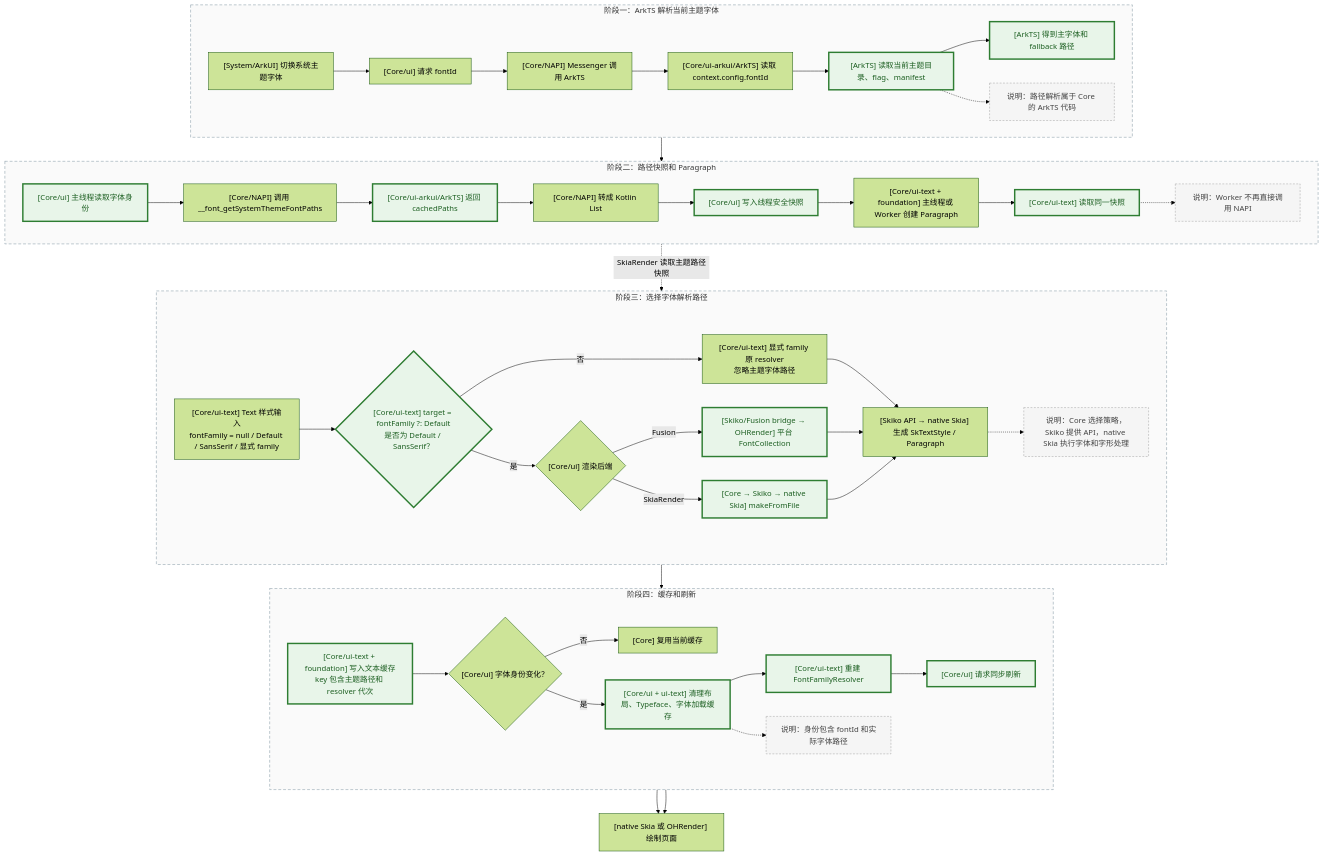
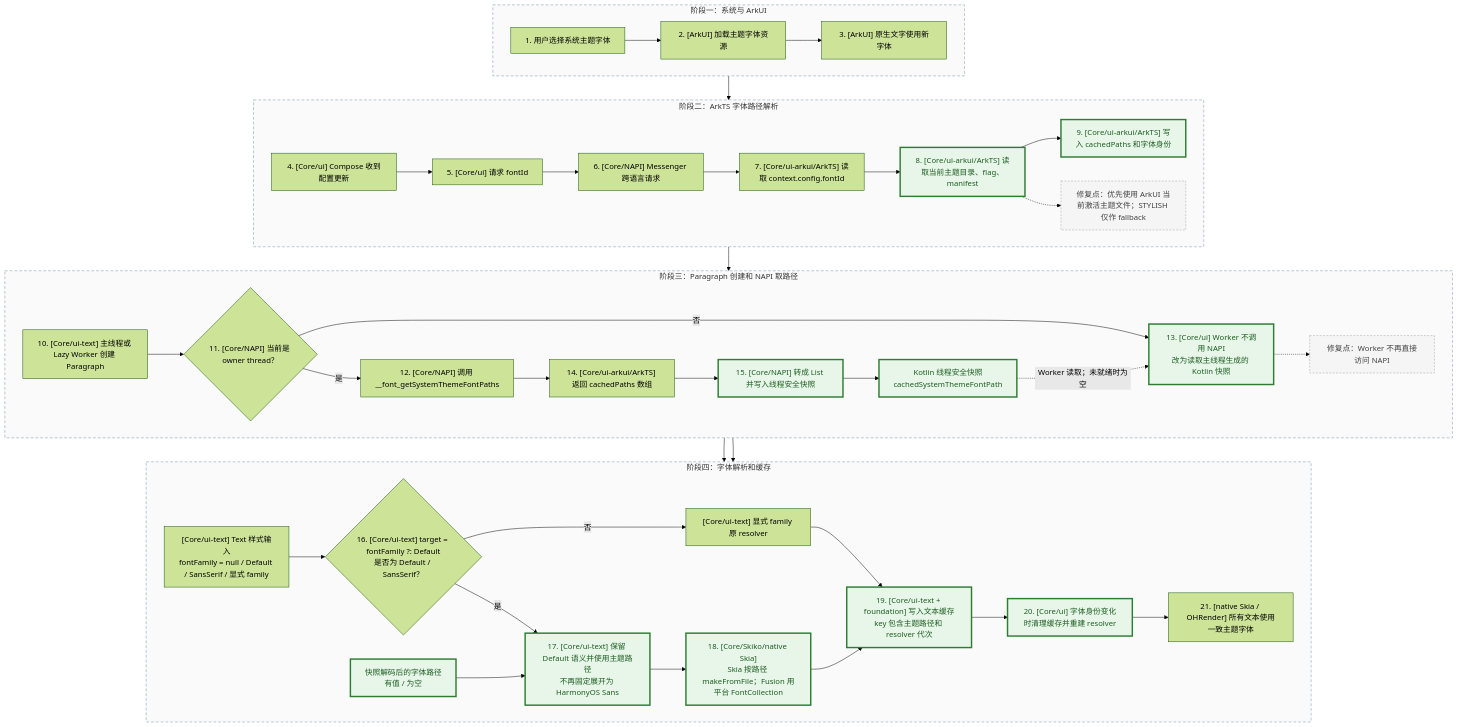
Before and after one commit to jsdegithub/CMP-DOCS: the second of 2 diagrams in CMP不跟随系统字体问题-根因与修复思路.md, drawn with Mermaid (forest theme). The commit also changed other lines of this file, not shown here.

Commit message:
更新文档，修正字体处理链路的流程图，明确各阶段职责和数据流

````diff
--- a/CMP不跟随系统字体问题-根因与修复思路.md
+++ b/CMP不跟随系统字体问题-根因与修复思路.md
@@ -117,60 +117,58 @@
 ```mermaid
 flowchart TD
-    subgraph FIX1["阶段一：ArkTS 解析当前主题字体"]
+    subgraph FIX1["阶段一：系统与 ArkUI"]
         direction LR
-        A["[System/ArkUI] 切换系统主题字体"] --> B["[Core/ui] 请求 fontId"]
-        B --> C["[Core/NAPI] Messenger 调用 ArkTS"]
-        C --> D["[Core/ui-arkui/ArkTS] 读取 context.config.fontId"]
-        D --> E["[ArkTS] 读取当前主题目录、flag、manifest"]:::fixed
-        E --> F["[ArkTS] 得到主字体和 fallback 路径"]:::fixed
-        E -.-> FNOTE["说明：路径解析属于 Core 的 ArkTS 代码"]
+        A1["1. 用户选择系统主题字体"] --> A2["2. [ArkUI] 加载主题字体资源"]
+        A2 --> A3["3. [ArkUI] 原生文字使用新字体"]
     end
 
-    subgraph FIX2["阶段二：路径快照和 Paragraph"]
+    subgraph FIX2["阶段二：ArkTS 字体路径解析"]
         direction LR
-        G["[Core/ui] 主线程读取字体身份"]:::fixed --> H["[Core/NAPI] 调用 __font_getSystemThemeFontPaths"]
-        H --> I["[Core/ui-arkui/ArkTS] 返回 cachedPaths"]:::fixed
-        I --> J["[Core/NAPI] 转成 Kotlin List<String>"]
-        J --> K["[Core/ui] 写入线程安全快照"]:::fixed
-        L["[Core/ui-text + foundation] 主线程或 Worker 创建 Paragraph"] --> M["[Core/ui-text] 读取同一快照"]:::fixed
-        K --> L
-        M -.-> MNOTE["说明：Worker 不再直接调用 NAPI"]
+        B0["4. [Core/ui] Compose 收到配置更新"] --> B1["5. [Core/ui] 请求 fontId"]
+        B1 --> B2["6. [Core/NAPI] Messenger 跨语言请求"]
+        B2 --> B3["7. [Core/ui-arkui/ArkTS] 读取 context.config.fontId"]
+        B3 --> B4["8. [Core/ui-arkui/ArkTS] 读取当前主题目录、flag、manifest"]:::fixed
+        B4 --> B5["9. [Core/ui-arkui/ArkTS] 写入 cachedPaths 和字体身份"]:::fixed
+        B4 -.-> BNOTE["修复点：优先使用 ArkUI 当前激活主题文件；STYLISH 仅作 fallback"]
     end
 
-    subgraph FIX3["阶段三：选择字体解析路径"]
+    subgraph FIX3["阶段三：Paragraph 创建和 NAPI 取路径"]
         direction LR
-        TEXTSTYLE["[Core/ui-text] Text 样式输入<br/>fontFamily = null / Default / SansSerif / 显式 family"] --> N{"[Core/ui-text] target = fontFamily ?: Default<br/>是否为 Default / SansSerif？"}:::fixed
-        N -->|"否"| O["[Core/ui-text] 显式 family 原 resolver<br/>忽略主题字体路径"]
-        N -->|"是"| P{"[Core/ui] 渲染后端"}
-        P -->|"Fusion"| Q["[Skiko/Fusion bridge → OHRender] 平台 FontCollection"]:::fixed
-        P -->|"SkiaRender"| R["[Core → Skiko → native Skia] makeFromFile"]:::fixed
-        O --> S["[Skiko API → native Skia] 生成 SkTextStyle / Paragraph"]
-        Q --> S
-        R --> S
-        S -.-> SNOTE["说明：Core 选择策略，Skiko 提供 API，native Skia 执行字体和字形处理"]
+        C1["10. [Core/ui-text] 主线程或 Lazy Worker 创建 Paragraph"] --> C2{"11. [Core/NAPI] 当前是 owner thread？"}
+        C2 -->|"是"| C3["12. [Core/NAPI] 调用 __font_getSystemThemeFontPaths"]
+        C2 -->|"否"| C4["13. [Core/ui] Worker 不调用 NAPI<br/>改为读取主线程生成的 Kotlin 快照"]:::fixed
+        C3 --> C5["14. [Core/ui-arkui/ArkTS] 返回 cachedPaths 数组"]
+        C5 --> C6["15. [Core/NAPI] 转成 List 并写入线程安全快照"]:::fixed
+        SNAPSHOT["Kotlin 线程安全快照<br/>cachedSystemThemeFontPath"]:::fixed
+        C6 --> SNAPSHOT
+        SNAPSHOT -.->|"Worker 读取；未就绪时为空"| C4
+        C4 -.-> CNOTE["修复点：Worker 不再直接访问 NAPI"]
     end
 
-    subgraph FIX4["阶段四：缓存和刷新"]
+    subgraph FIX4["阶段四：字体解析和缓存"]
         direction LR
-        T["[Core/ui-text + foundation] 写入文本缓存<br/>key 包含主题路径和 resolver 代次"]:::fixed --> U{"[Core/ui] 字体身份变化？"}
-        U -->|"否"| V["[Core] 复用当前缓存"]
-        U -->|"是"| W["[Core/ui + ui-text] 清理布局、Typeface、字体加载缓存"]:::fixed
-        W --> X["[Core/ui-text] 重建 FontFamilyResolver"]:::fixed
-        X --> Y["[Core/ui] 请求同步刷新"]:::fixed
-        W -.-> WNOTE["说明：身份包含 fontId 和实际字体路径"]
+        TEXTSTYLE["[Core/ui-text] Text 样式输入<br/>fontFamily = null / Default / SansSerif / 显式 family"] --> D16{"16. [Core/ui-text] target = fontFamily ?: Default<br/>是否为 Default / SansSerif？"}
+        D16 -->|"否"| EXPLICIT["[Core/ui-text] 显式 family 原 resolver"]
+        EXPLICIT --> D19
+        D16 -->|"是"| D17["17. [Core/ui-text] 保留 Default 语义并使用主题路径<br/>不再固定展开为 HarmonyOS Sans"]:::fixed
+        PATHDATA["快照解码后的字体路径<br/>有值 / 为空"]:::fixed
+        PATHDATA --> D17
+        D17 --> D18["18. [Core/Skiko/native Skia]<br/>Skia 按路径 makeFromFile；Fusion 用平台 FontCollection"]:::fixed
+        D18 --> D19["19. [Core/ui-text + foundation] 写入文本缓存<br/>key 包含主题路径和 resolver 代次"]:::fixed
+        D19 --> D20["20. [Core/ui] 字体身份变化时清理缓存并重建 resolver"]:::fixed
+        D20 --> RESULT["21. [native Skia / OHRender] 所有文本使用一致主题字体"]
     end
 
-    F --> G
-    M -.->|"SkiaRender 读取主题路径快照"| R
-    S --> T
-    V --> Z["[native Skia 或 OHRender] 绘制页面"]
-    Y --> Z
+    A2 --> B0
+    B5 --> C1
+    SNAPSHOT --> PATHDATA
+    C4 --> D16
 
     style FIX1 fill:#fafafa,stroke:#78909c,stroke-width:1px,stroke-dasharray:6 4
     style FIX2 fill:#fafafa,stroke:#78909c,stroke-width:1px,stroke-dasharray:6 4
     style FIX3 fill:#fafafa,stroke:#78909c,stroke-width:1px,stroke-dasharray:6 4
     style FIX4 fill:#fafafa,stroke:#78909c,stroke-width:1px,stroke-dasharray:6 4
     classDef note fill:#f5f5f5,stroke:#9e9e9e,stroke-width:1px,stroke-dasharray:4 3,color:#424242;
     classDef fixed fill:#e8f5e9,stroke:#2e7d32,stroke-width:3px,color:#1b5e20;
-    class FNOTE,MNOTE,SNOTE,WNOTE note;
+    class BNOTE,CNOTE note;
 ```
````
